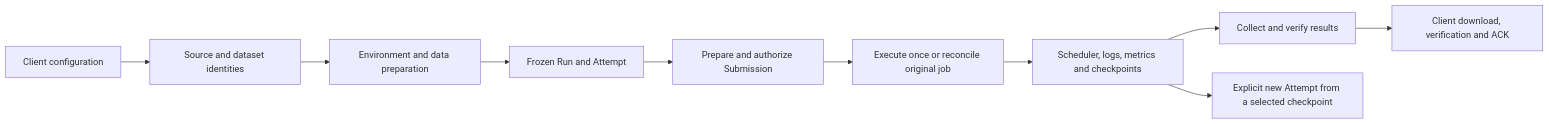
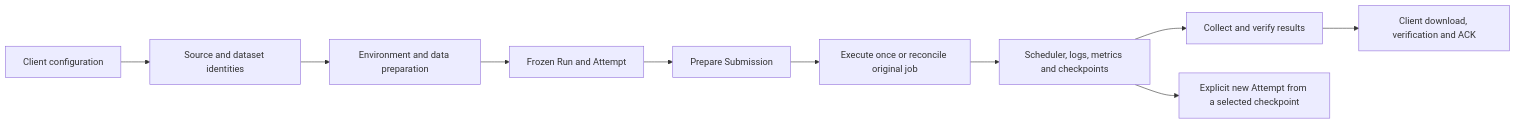
Before and after one commit to NotDesigned/ml-experiment-control: the diagram in rust/README.md, drawn with Mermaid. The commit also changed other lines of this file and 37 other files, not shown here.

````diff
--- a/rust/README.md
+++ b/rust/README.md
@@ -48,12 +48,12 @@
 ```mermaid
 flowchart LR
     C[Client configuration] --> P[Source and dataset identities]
     P --> E[Environment and data preparation]
     E --> R[Frozen Run and Attempt]
-    R --> A[Prepare and authorize Submission]
+    R --> A[Prepare Submission]
     A --> X[Execute once or reconcile original job]
     X --> O[Scheduler, logs, metrics and checkpoints]
     O --> D[Collect and verify results]
     D --> K[Client download, verification and ACK]
     O --> N[Explicit new Attempt from a selected checkpoint]
 ```
````
